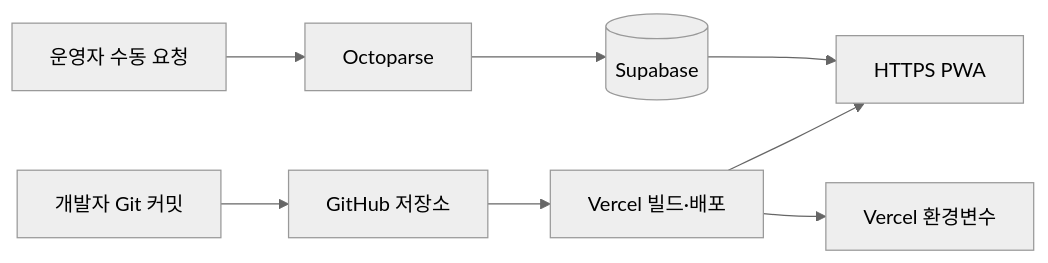
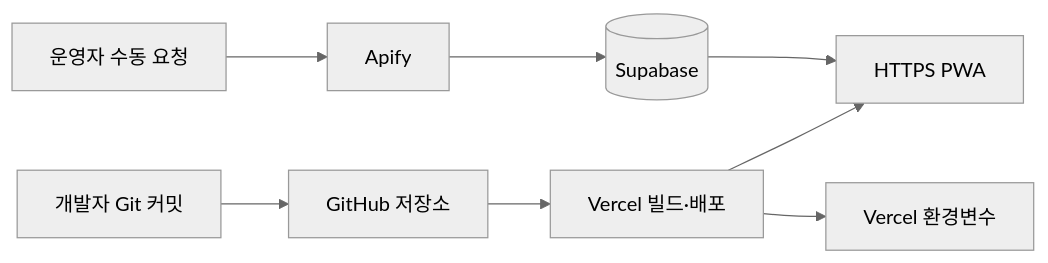
One commit to choi6511/cnu2026-12- changed the fifth of 5 diagrams in docs/SYSTEM_ARCHITECTURE.md. Above: the diagram before and after it, drawn with Mermaid (neutral theme). The commit also changed other lines of this file and 6 other files, not shown here.

````diff
--- a/docs/SYSTEM_ARCHITECTURE.md
+++ b/docs/SYSTEM_ARCHITECTURE.md
@@ -427,10 +427,10 @@
 ```mermaid
 flowchart LR
     DEV[개발자 Git 커밋] --> GH[GitHub 저장소]
     GH --> V[Vercel 빌드·배포]
     V --> PROD[HTTPS PWA]
     V --> ENV[Vercel 환경변수]
-    OP[운영자 수동 요청] --> OCTO[Octoparse]
-    OCTO --> SB[(Supabase)]
+    OP[운영자 수동 요청] --> APIFY[Apify]
+    APIFY --> SB[(Supabase)]
     SB --> PROD
 ```
````
